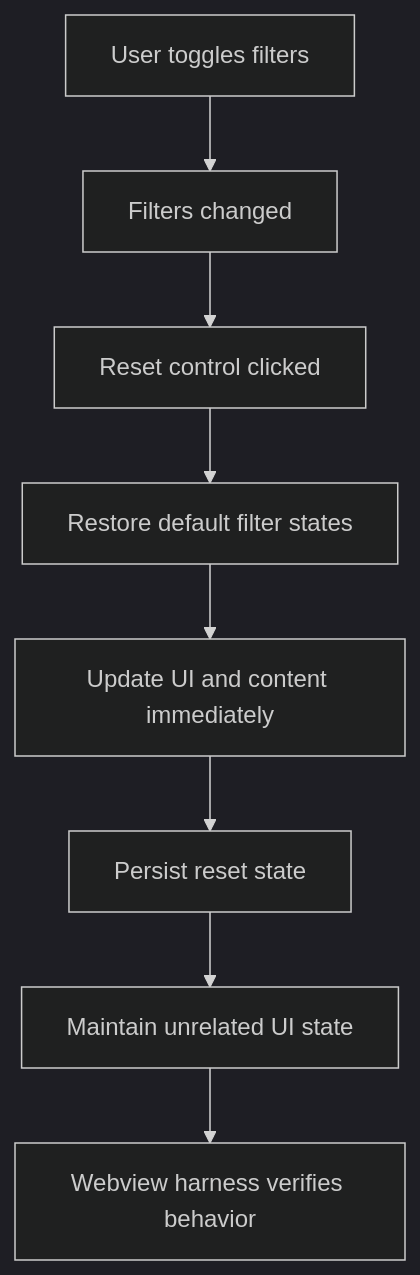
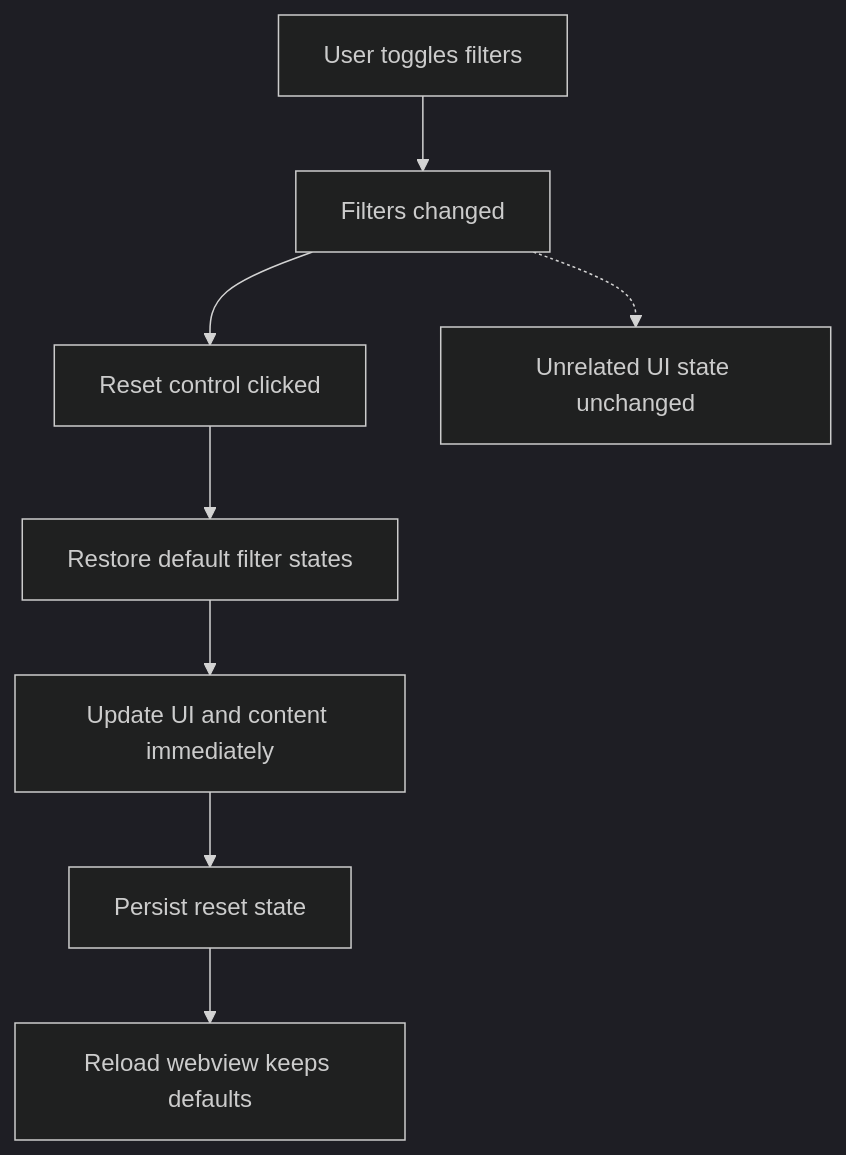
One commit to AlexAgo83/logics-manager changed the diagram in logics/request/req_028_add_reset_action_for_filter_defaults.md. Above: the diagram before and after it, drawn with Mermaid (dark theme). The commit also changed 50 other files, not shown here.

````diff
--- a/logics/request/req_028_add_reset_action_for_filter_defaults.md
+++ b/logics/request/req_028_add_reset_action_for_filter_defaults.md
@@ -10,12 +10,12 @@
 ```mermaid
 %% logics-kind: request
 %% logics-signature: request|add-reset-action-to-restore-default-filt|add-a-dedicated-reset-action-to|ac1-the-filter-panel-includes-a
 flowchart TD
     A[User toggles filters] --> B[Filters changed]
     B --> C[Reset control clicked]
     C --> D[Restore default filter states]
     D --> E[Update UI and content immediately]
     E --> F[Persist reset state]
-    F --> G[Maintain unrelated UI state]
-    G --> H[Webview harness verifies behavior]
+    F --> G[Reload webview keeps defaults]
+    B -.-> H[Unrelated UI state unchanged]
 ```
````
